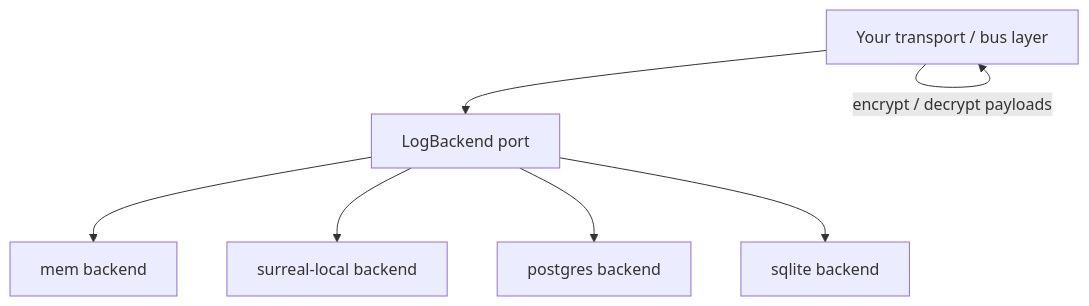
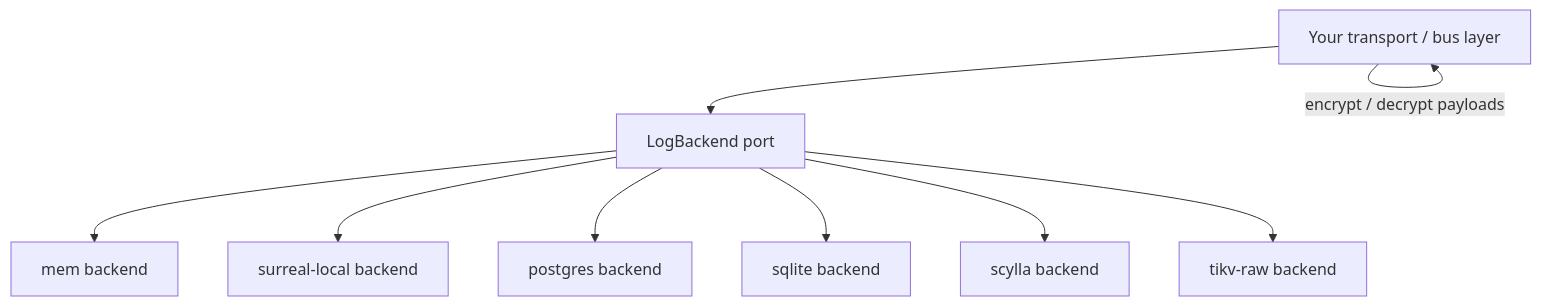
The diagram in README.md (deathbreakfast/continuum), drawn with Mermaid before and after one commit. The commit also changed other lines of this file and 34 other files, not shown here.

````diff
--- a/README.md
+++ b/README.md
@@ -30,9 +40,11 @@
 ```mermaid
 flowchart TD
   HostApp["Your transport / bus layer"] --> Port["LogBackend port"]
   Port --> MemBackend["mem backend"]
   Port --> SurrealBackend["surreal-local backend"]
   Port --> PostgresBackend["postgres backend"]
   Port --> SqliteBackend["sqlite backend"]
+  Port --> ScyllaBackend["scylla backend"]
+  Port --> TikvBackend["tikv-raw backend"]
   HostApp -->|"encrypt / decrypt payloads"| HostApp
 ```
````
